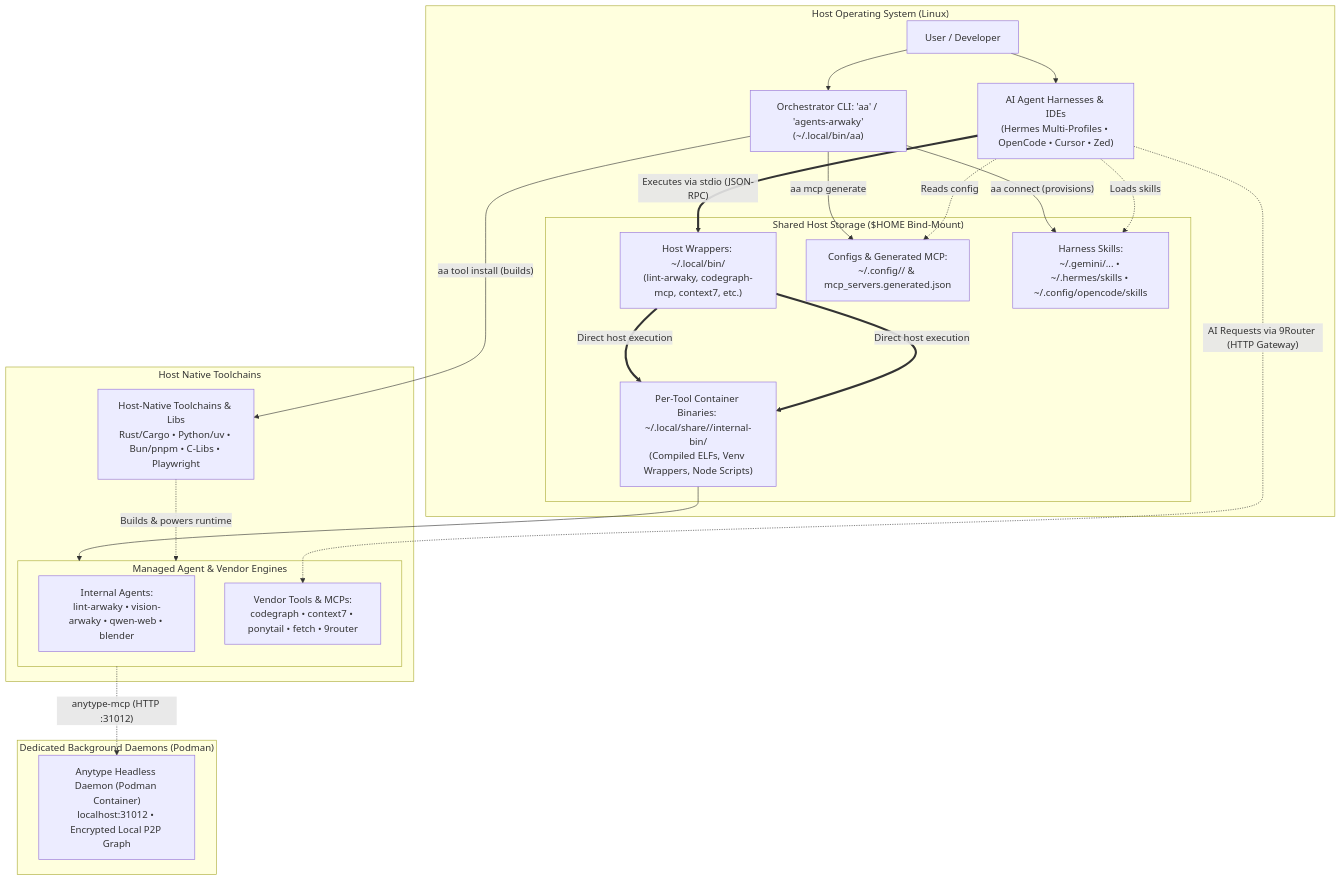
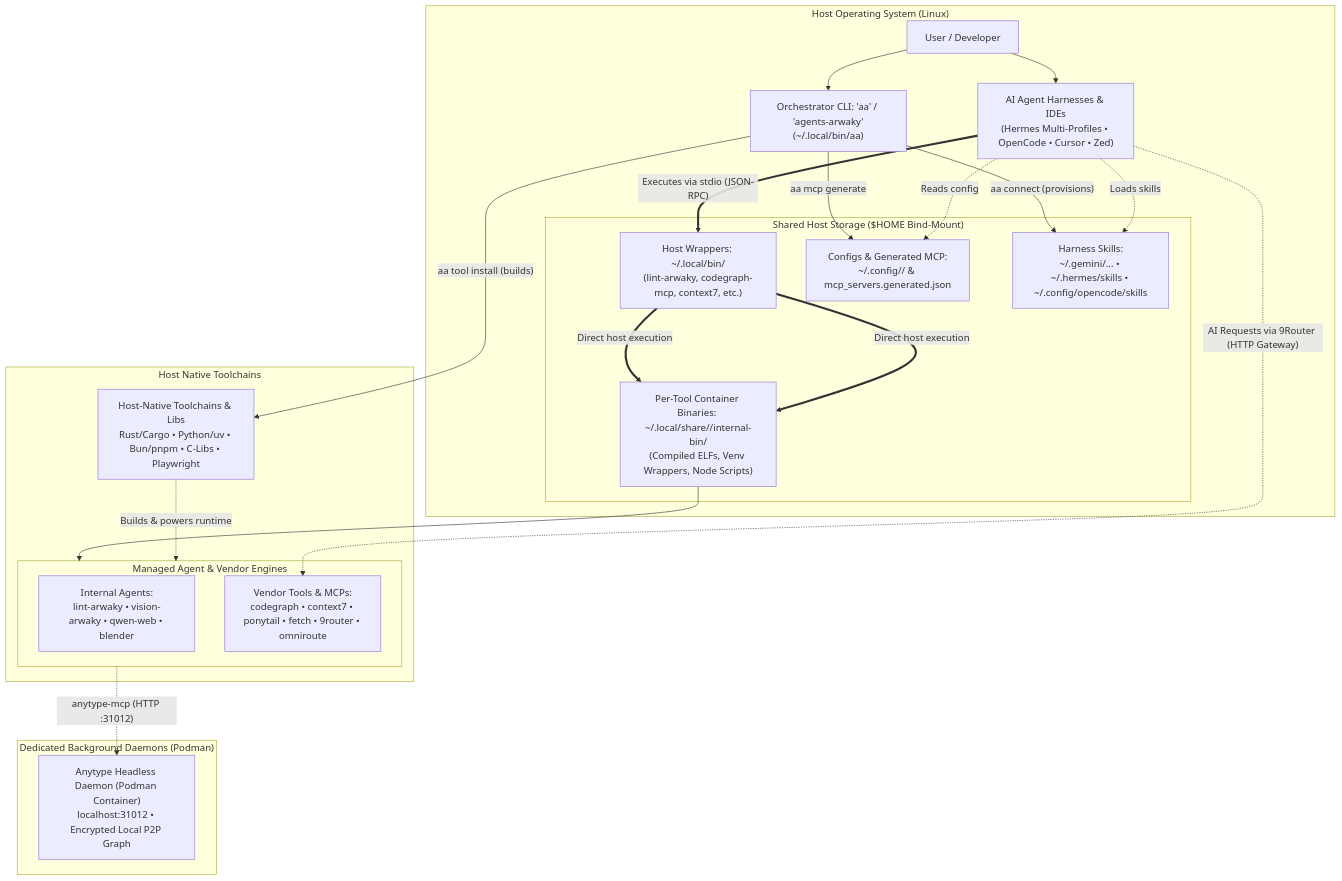
One commit to rakaarwaky/agents-arwaky changed the diagram in README.md. Above: the diagram before and after it, drawn with Mermaid. The commit also changed other lines of this file and 22 other files, not shown here.

First line of the commit message:
feat(omniroute): add OmniRoute as a vendor tool, replace LiteLLM

````diff
--- a/README.md
+++ b/README.md
@@ -23,52 +23,52 @@
 ```mermaid
 flowchart TB
     subgraph HostOS["Host Operating System (Linux)"]
         User["User / Developer"]
         Harnesses["AI Agent Harnesses & IDEs\n(Hermes Multi-Profiles • OpenCode • Cursor • Zed)"]
         CLI["Orchestrator CLI: 'aa' / 'agents-arwaky'\n(~/.local/bin/aa)"]
       
         subgraph XDGShared["Shared Host Storage ($HOME Bind-Mount)"]
             Launchers["Host Wrappers: ~/.local/bin/\n(lint-arwaky, codegraph-mcp, context7, etc.)"]
             InternalBin["Per-Tool Container Binaries: ~/.local/share/<tool>/internal-bin/\n(Compiled ELFs, Venv Wrappers, Node Scripts)"]
             XDGConfigs["Configs & Generated MCP:\n~/.config/<tool>/ & mcp_servers.generated.json"]
             XDGSkills["Harness Skills:\n~/.gemini/... • ~/.hermes/skills • ~/.config/opencode/skills"]
         end
     end
 
     subgraph HostToolchain["Host Native Toolchains"]
         IsolatedRuntimes["Host-Native Toolchains & Libs\nRust/Cargo • Python/uv • Bun/pnpm • C-Libs • Playwright"]
 
         subgraph AgentsAndTools["Managed Agent & Vendor Engines"]
             InternalAgents["Internal Agents:\nlint-arwaky • vision-arwaky • qwen-web • blender"]
-            VendorTools["Vendor Tools & MCPs:\ncodegraph • context7 • ponytail • fetch • 9router"]
+            VendorTools["Vendor Tools & MCPs:\ncodegraph • context7 • ponytail • fetch • 9router • omniroute"]
         end
     end
 
     subgraph SidecarServices["Dedicated Background Daemons (Podman)"]
         AnytypeDaemon["Anytype Headless Daemon (Podman Container)\nlocalhost:31012 • Encrypted Local P2P Graph"]
     end
 
     %% User & CLI interactions
     User --> CLI
     User --> Harnesses
     CLI -- "aa connect (provisions)" --> XDGSkills
     CLI -- "aa mcp generate" --> XDGConfigs
     CLI -- "aa tool install (builds)" --> IsolatedRuntimes
 
     %% Host-native execution
     Launchers == "Direct host execution" ==> InternalBin
 
     %% Harness interactions
     Harnesses -. "Reads config" .-> XDGConfigs
     Harnesses -. "Loads skills" .-> XDGSkills
     Harnesses == "Executes via stdio (JSON-RPC)" ==> Launchers
 
     %% Host-native execution
     Launchers == "Direct host execution" ==> InternalBin
     InternalBin --> AgentsAndTools
     IsolatedRuntimes -. "Builds & powers runtime" .-> AgentsAndTools
 
     %% Daemons & Services
     AgentsAndTools -. "anytype-mcp (HTTP :31012)" .-> AnytypeDaemon
     Harnesses -. "AI Requests via 9Router (HTTP Gateway)" .-> VendorTools
 ```
````
